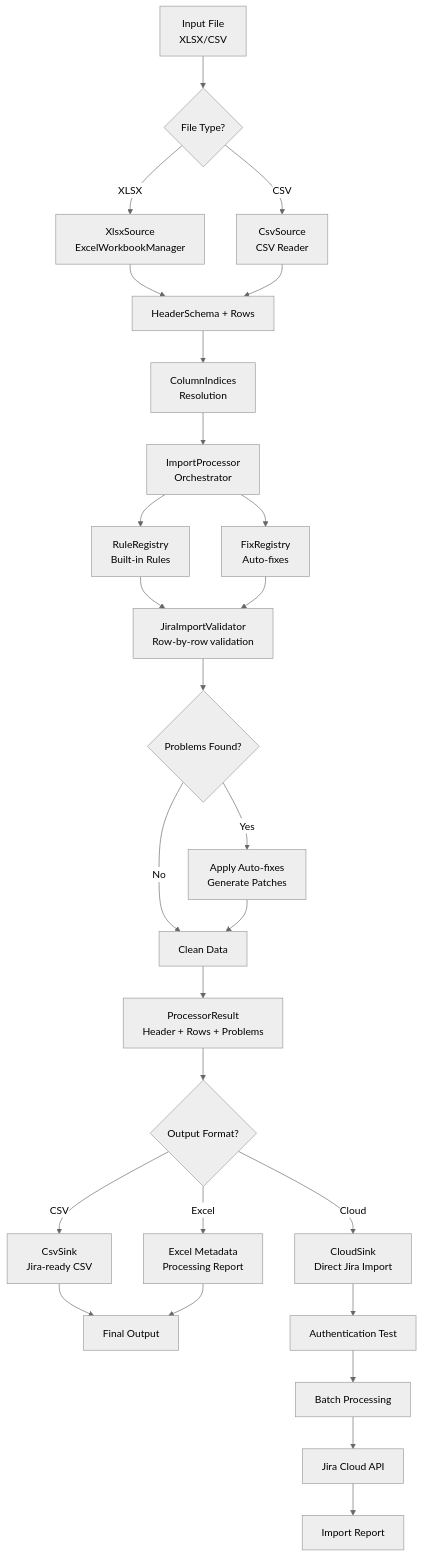
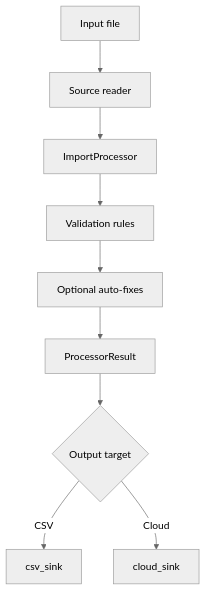
The diagram in docs/ARCHITECTURE.md (DeerHide/jira-toolkit), drawn with Mermaid (neutral theme) before and after one commit. The commit also changed other lines of this file and 2 other files, not shown here.

````diff
--- a/docs/ARCHITECTURE.md
+++ b/docs/ARCHITECTURE.md
@@ -191,37 +25,11 @@
 ```mermaid
 flowchart TD
-    A[Input File<br/>XLSX/CSV] --> B{File Type?}
-    B -->|XLSX| C[XlsxSource<br/>ExcelWorkbookManager]
-    B -->|CSV| D[CsvSource<br/>CSV Reader]
-
-    C --> E[HeaderSchema + Rows]
-    D --> E
-
-    E --> F[ColumnIndices<br/>Resolution]
-    F --> G[ImportProcessor<br/>Orchestrator]
-
-    G --> H[RuleRegistry<br/>Built-in Rules]
-    G --> I[FixRegistry<br/>Auto-fixes]
-
-    H --> J[JiraImportValidator<br/>Row-by-row validation]
-    I --> J
-
-    J --> K{Problems Found?}
-    K -->|Yes| L[Apply Auto-fixes<br/>Generate Patches]
-    K -->|No| M[Clean Data]
-
-    L --> M
-    M --> N[ProcessorResult<br/>Header + Rows + Problems]
-
-    N --> O{Output Format?}
-    O -->|CSV| P[CsvSink<br/>Jira-ready CSV]
-    O -->|Cloud| S[CloudSink<br/>Direct Jira Import]
-    O -->|Excel| Q[Excel Metadata<br/>Processing Report]
-
-    P --> R[Final Output]
-    S --> T[Authentication Test]
-    T --> U[Batch Processing]
-    U --> V[Jira Cloud API]
-    V --> W[Import Report]
-    Q --> R
+    A[Input file] --> B[Source reader]
+    B --> C[ImportProcessor]
+    C --> D[Validation rules]
+    D --> E[Optional auto-fixes]
+    E --> F[ProcessorResult]
+    F --> G{Output target}
+    G -->|CSV| H[csv_sink]
+    G -->|Cloud| I[cloud_sink]
 ```
````
